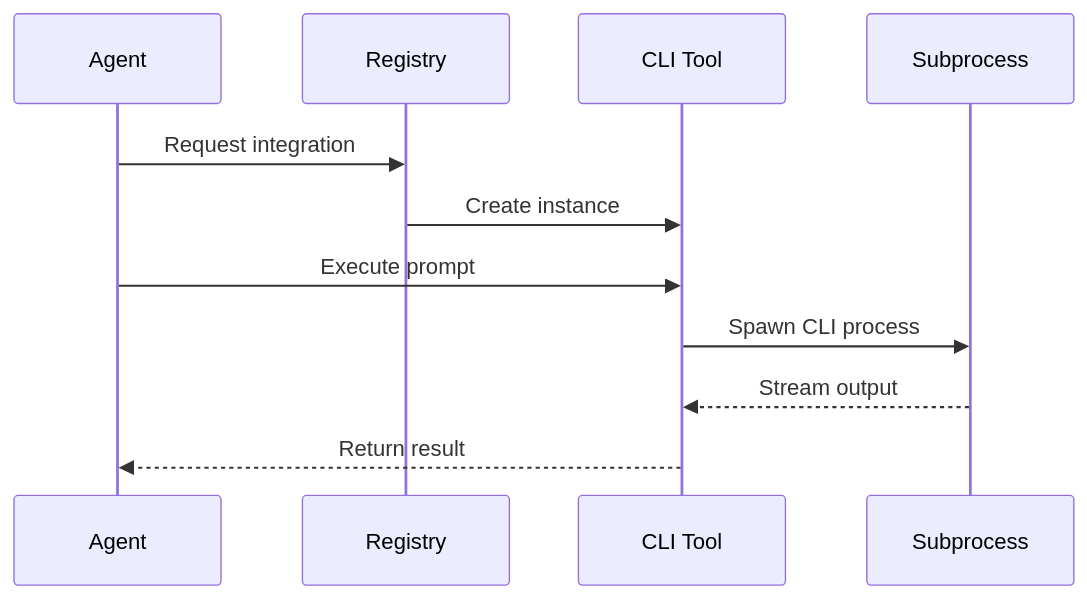
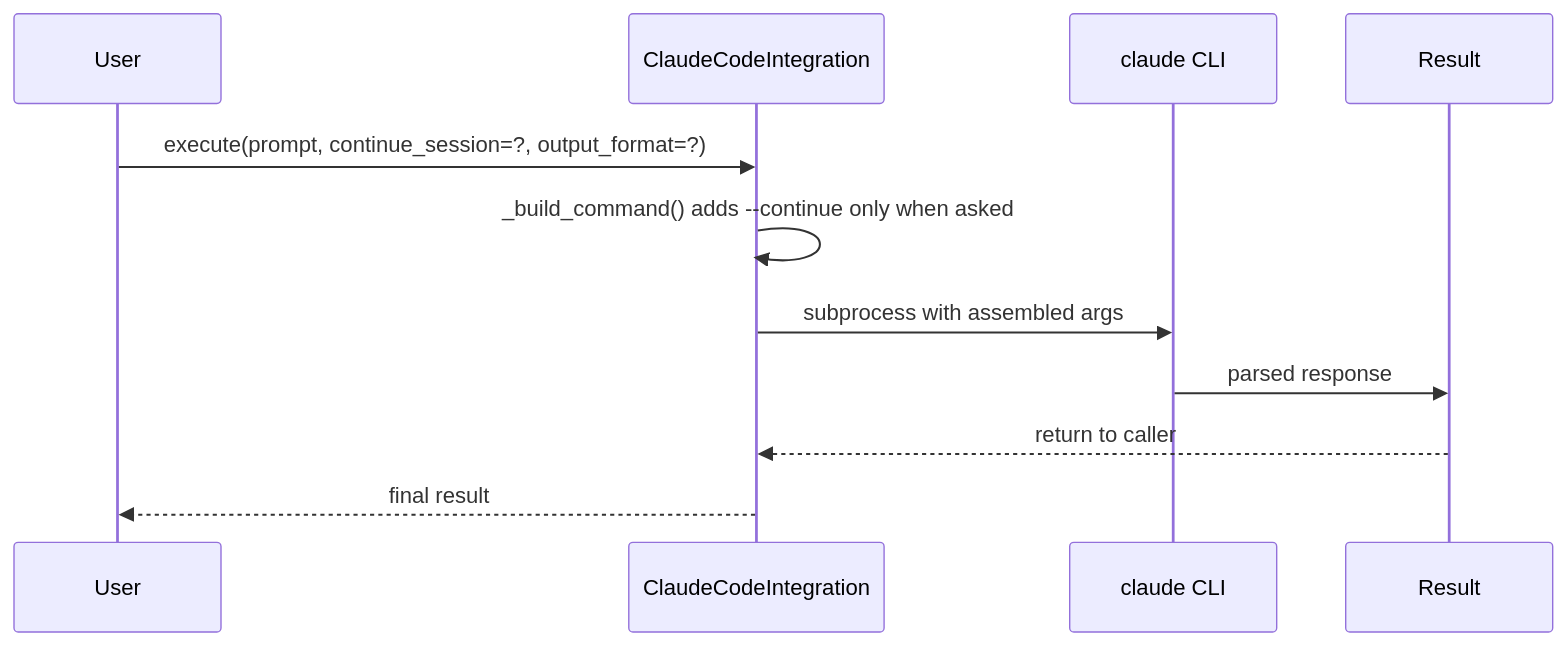
The second of 3 diagrams in docs/features/external-cli-integrations.mdx (MervinPraison/PraisonAIDocs), drawn with Mermaid before and after one commit. The commit also changed other lines of this file and 1 other file, not shown here.

First line of the commit message:
docs: document External CLI Integrations (Claude Code), stateless session API & thread-safety guarantees

````diff
--- a/docs/features/external-cli-integrations.mdx
+++ b/docs/features/external-cli-integrations.mdx
@@ -82,14 +70,14 @@
 ```mermaid
 sequenceDiagram
-    participant A as Agent
-    participant R as Registry
-    participant C as CLI Tool
-    participant S as Subprocess
-    
-    A->>R: Request integration
-    R->>C: Create instance
-    A->>C: Execute prompt
-    C->>S: Spawn CLI process
-    S-->>C: Stream output
-    C-->>A: Return result
+    participant User
+    participant Integration as ClaudeCodeIntegration
+    participant CLI as claude CLI
+    participant Result
+
+    User->>Integration: execute(prompt, continue_session=?, output_format=?)
+    Integration->>Integration: _build_command() adds --continue only when asked
+    Integration->>CLI: subprocess with assembled args
+    CLI->>Result: parsed response
+    Result-->>Integration: return to caller
+    Integration-->>User: final result
 ```
````
